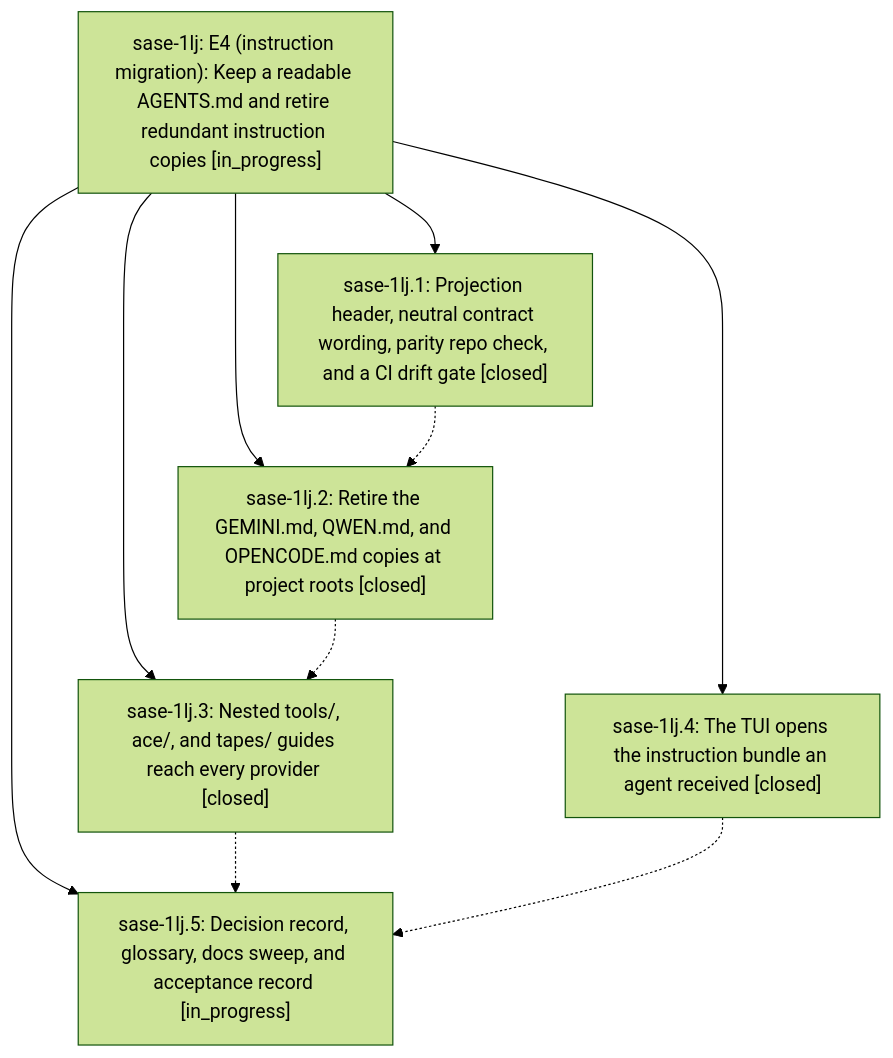
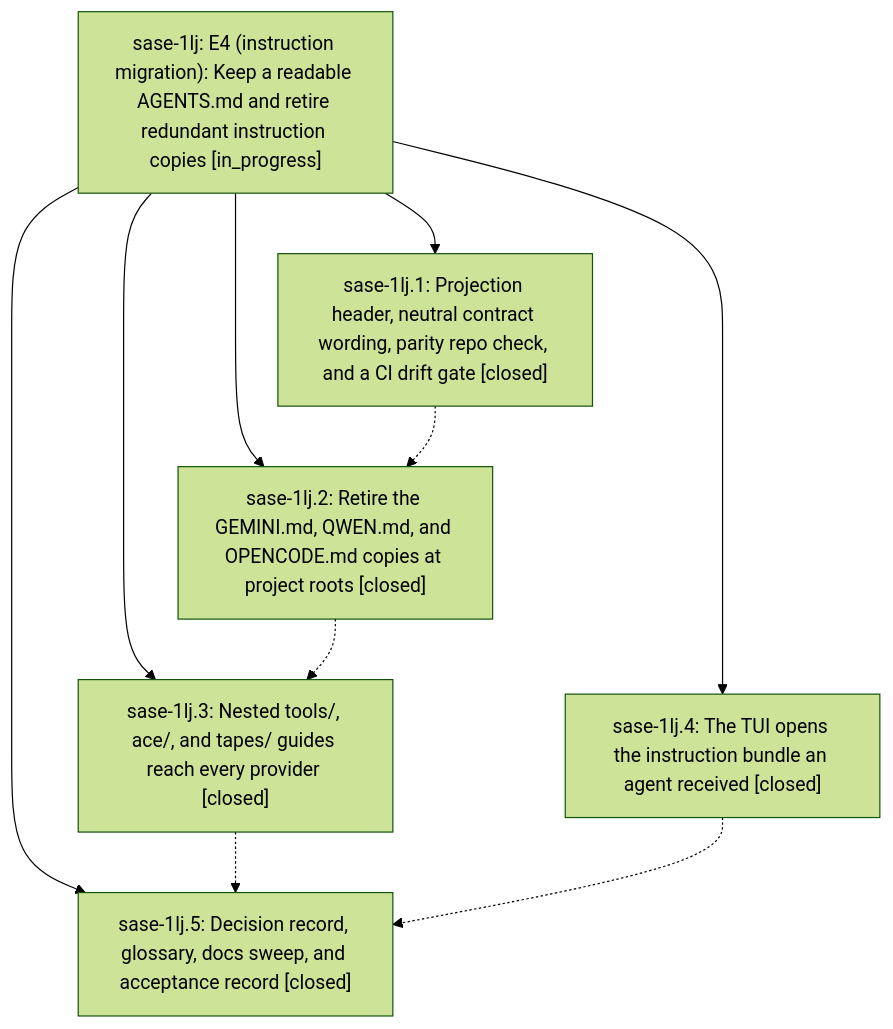
The diagram in pages/sase-1lj/README.md (sase-org/sase--beads), drawn with Mermaid (forest theme) before and after one commit. The commit also changed other lines of this file and 4 other files, not shown here.

````diff
--- a/pages/sase-1lj/README.md
+++ b/pages/sase-1lj/README.md
@@ -44,18 +52,18 @@
 ```mermaid
 flowchart TD
     n0["sase-1lj: E4 (instruction migration): Keep a readable AGENTS.md and retire redundant instruction copies [in_progress]"]
     n1["sase-1lj.1: Projection header, neutral contract wording, parity repo check, and a CI drift gate [closed]"]
     n2["sase-1lj.2: Retire the GEMINI.md, QWEN.md, and OPENCODE.md copies at project roots [closed]"]
     n3["sase-1lj.3: Nested tools/, ace/, and tapes/ guides reach every provider [closed]"]
     n4["sase-1lj.4: The TUI opens the instruction bundle an agent received [closed]"]
-    n5["sase-1lj.5: Decision record, glossary, docs sweep, and acceptance record [in_progress]"]
+    n5["sase-1lj.5: Decision record, glossary, docs sweep, and acceptance record [closed]"]
     n0 --> n1
     n0 --> n2
     n0 --> n3
     n0 --> n4
     n0 --> n5
     n1 -.-> n2
     n2 -.-> n3
     n3 -.-> n5
     n4 -.-> n5
 ```
````
